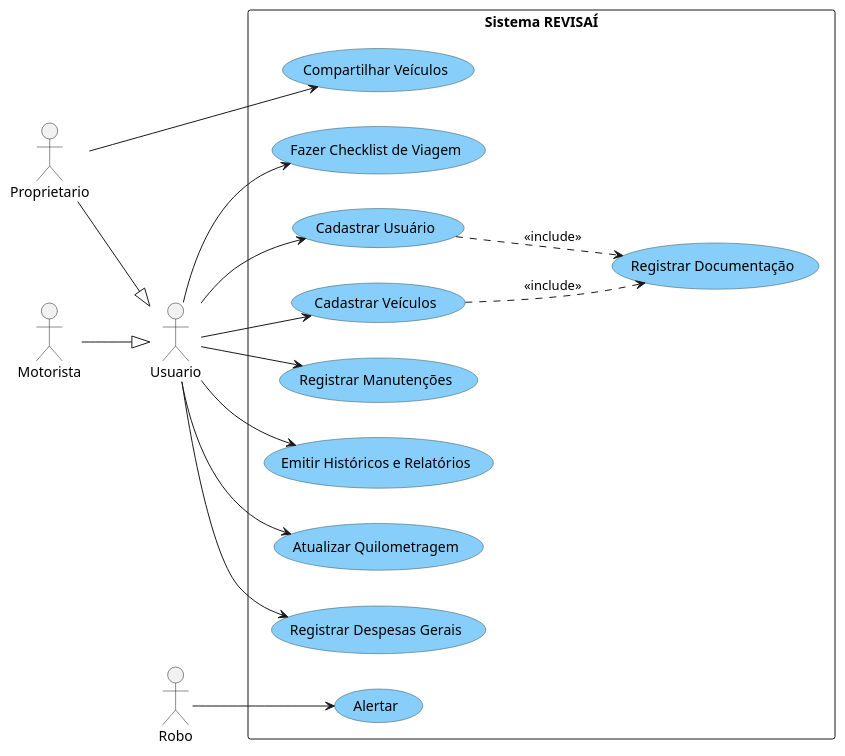
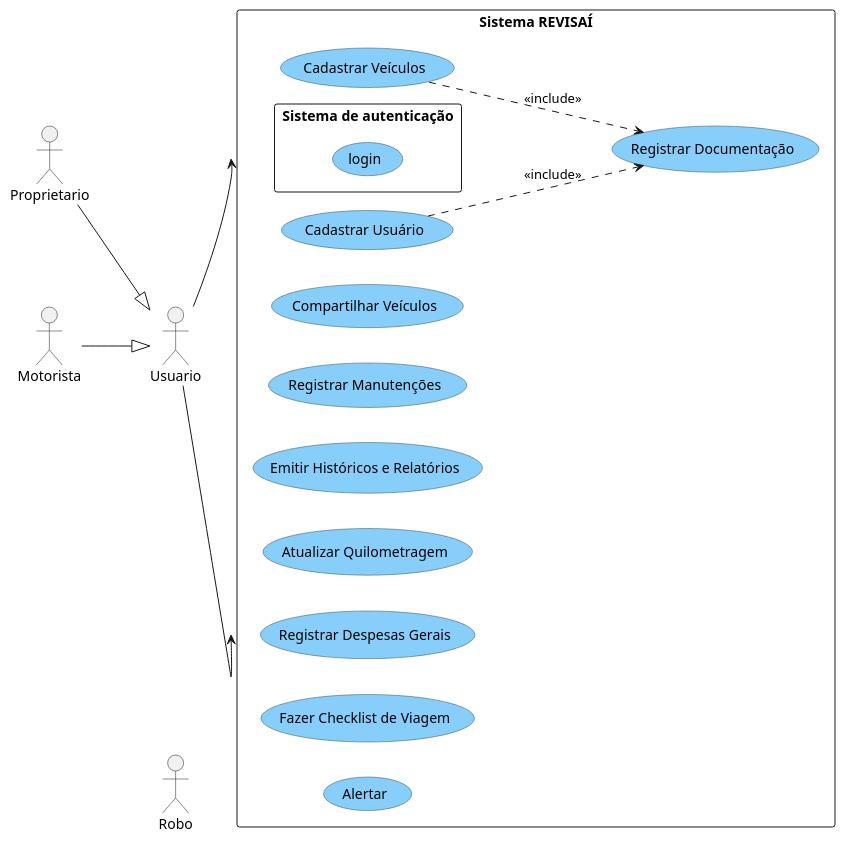
One commit to adsifs/2025.1_AOO_AV changed the first of 2 diagrams in modelos/readme.md. Above: the diagram before and after it, drawn with PlantUML. The commit also changed other lines of this file, not shown here.

````diff
--- a/modelos/readme.md
+++ b/modelos/readme.md
@@ -7,49 +7,53 @@
 ```puml
 @startuml
 left to right direction
 skinparam packageStyle rectangle
 skinparam usecase {
   BackgroundColor LightSkyBlue
   BorderColor DarkSlateGray
 }
 
 actor Usuario
 actor Proprietario
 actor Motorista
 actor Robo
 
 rectangle "Sistema REVISAÍ" {
+
+ rectangle "Sistema de autenticação" {
+    usecase "login" as UC1
+}
   
-    usecase "Cadastrar Usuário" as UC1
-    usecase "Registrar Documentação" as UC2
-    usecase "Cadastrar Veículos" as UC3
-    usecase "Compartilhar Veículos" as UC4
-    usecase "Registrar Manutenções" as UC5
-    usecase "Emitir Históricos e Relatórios" as UC6
-    usecase "Atualizar Quilometragem" as UC7
-    usecase "Registrar Despesas Gerais" as UC8
-    usecase "Fazer Checklist de Viagem" as UC9
+    usecase "Cadastrar Usuário" as UC2
+    usecase "Registrar Documentação" as UC3
+    usecase "Cadastrar Veículos" as UC4
+    usecase "Compartilhar Veículos" as UC5
+    usecase "Registrar Manutenções" as UC6
+    usecase "Emitir Históricos e Relatórios" as UC7
+    usecase "Atualizar Quilometragem" as UC8
+    usecase "Registrar Despesas Gerais" as UC9
+    usecase "Fazer Checklist de Viagem" as UC10
   
-  usecase "Alertar" as UC10
+  usecase "Alertar" as UC11
 }
 
 Usuario --> UC1
-Usuario --> UC3
+Usuario --> UC2
 Usuario --> UC5
 Usuario --> UC6
 Usuario --> UC7
 Usuario --> UC8
 Usuario --> UC9
 Proprietario --> UC4
 
 Motorista --|> Usuario
 Proprietario --|> Usuario
-Robo --> UC10
+Robo --> UC11
 
-UC1 ..> UC2 : <<include>>
-UC3 ..> UC2 : <<include>>
+UC2 ..> UC3 : <<include>>
+UC4 ..> UC3 : <<include>>
 
 @enduml
 
 
 ```
````
